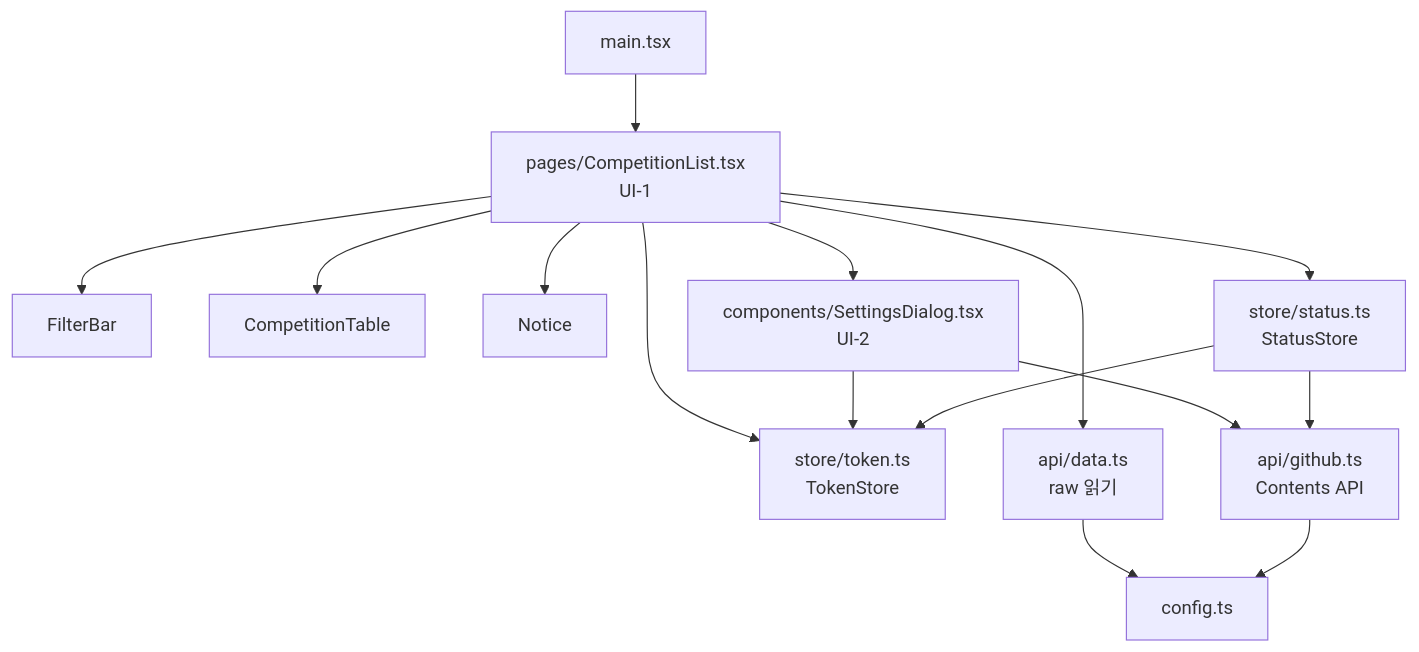
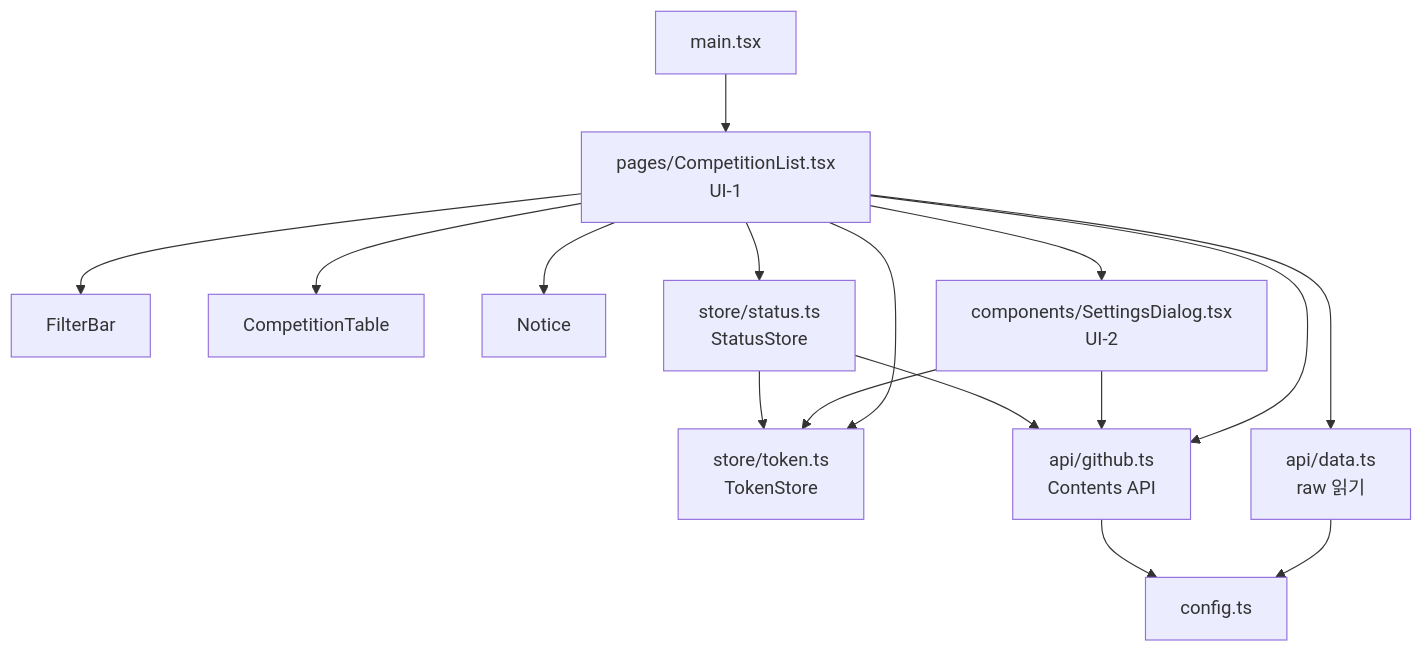
Before and after one commit to HoyoungParkme/competition-crawler: the eighth of 18 diagrams in docs/specs/06-DOM/CCR-DOM-002.md, drawn with Mermaid. The commit also changed other lines of this file, not shown here.

````diff
--- a/docs/specs/06-DOM/CCR-DOM-002.md
+++ b/docs/specs/06-DOM/CCR-DOM-002.md
@@ -410,29 +410,30 @@
 ```mermaid
 flowchart TB
     MAIN["main.tsx"]
     CL["pages/CompetitionList.tsx<br/>UI-1"]
     FB[FilterBar]
     CT[CompetitionTable]
     NT[Notice]
     SD["components/SettingsDialog.tsx<br/>UI-2"]
     ST["store/status.ts<br/>StatusStore"]
     TK["store/token.ts<br/>TokenStore"]
     DA["api/data.ts<br/>raw 읽기"]
     GH["api/github.ts<br/>Contents API"]
     CF["config.ts"]
 
     MAIN --> CL
     CL --> FB
     CL --> CT
     CL --> NT
     CL --> SD
     CL --> DA
+    CL --> GH
     CL --> ST
     CL --> TK
     SD --> TK
     SD --> GH
     ST --> GH
     ST --> TK
     DA --> CF
     GH --> CF
 ```
````
